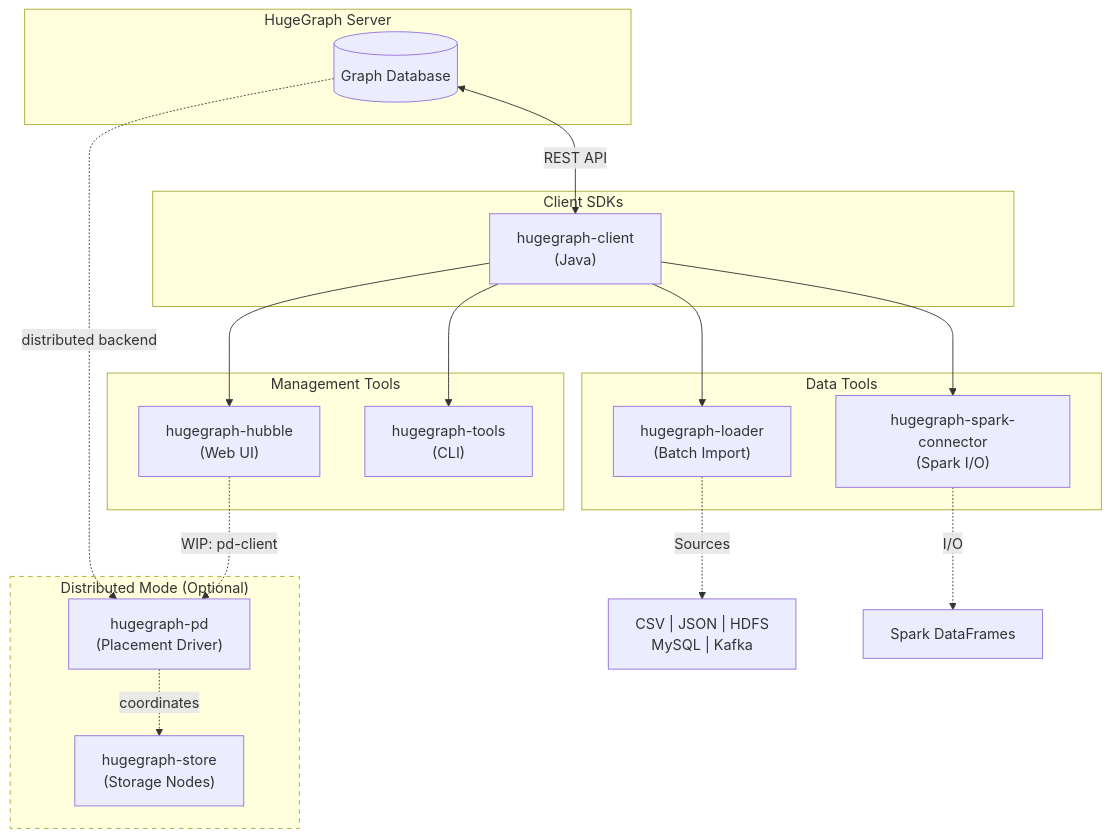
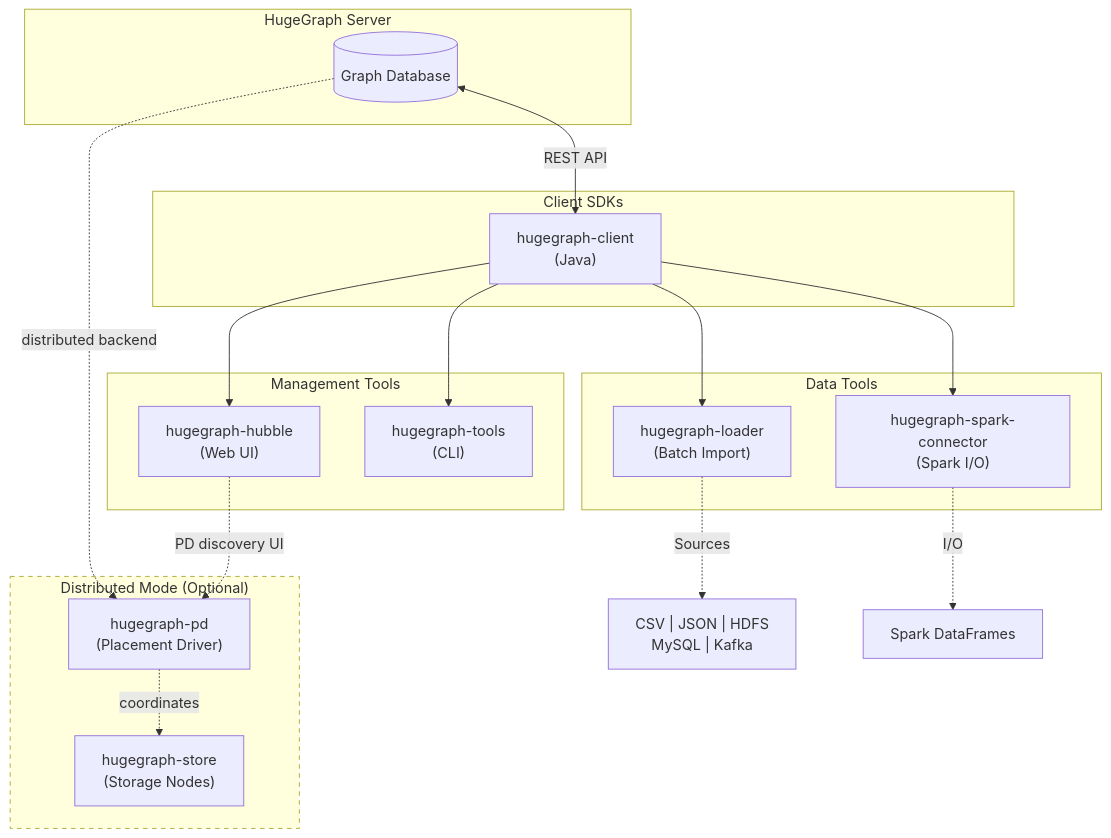
The diagram in README.md (hugegraph/hugegraph-toolchain), drawn with Mermaid before and after one commit. The commit also changed other lines of this file and 38 other files, not shown here.

````diff
--- a/README.md
+++ b/README.md
@@ -27,40 +38,40 @@
 ```mermaid
 graph TB
     subgraph server ["HugeGraph Server"]
         SERVER[("Graph Database")]
     end
 
     subgraph distributed ["Distributed Mode (Optional)"]
         PD["hugegraph-pd<br/>(Placement Driver)"]
         STORE["hugegraph-store<br/>(Storage Nodes)"]
     end
 
     subgraph clients ["Client SDKs"]
         CLIENT["hugegraph-client<br/>(Java)"]
     end
 
     subgraph data ["Data Tools"]
         LOADER["hugegraph-loader<br/>(Batch Import)"]
         SPARK["hugegraph-spark-connector<br/>(Spark I/O)"]
     end
 
     subgraph mgmt ["Management Tools"]
         HUBBLE["hugegraph-hubble<br/>(Web UI)"]
         TOOLS["hugegraph-tools<br/>(CLI)"]
     end
 
     SERVER <-->|REST API| CLIENT
     PD -.->|coordinates| STORE
     SERVER -.->|distributed backend| PD
 
     CLIENT --> LOADER
     CLIENT --> HUBBLE
     CLIENT --> TOOLS
     CLIENT --> SPARK
-    HUBBLE -.->|WIP: pd-client| PD
+    HUBBLE -.->|PD discovery UI| PD
 
     LOADER -.->|Sources| SRC["CSV | JSON | HDFS<br/>MySQL | Kafka"]
     SPARK -.->|I/O| SPK["Spark DataFrames"]
 
     style distributed stroke-dasharray: 5 5
 ```
````
